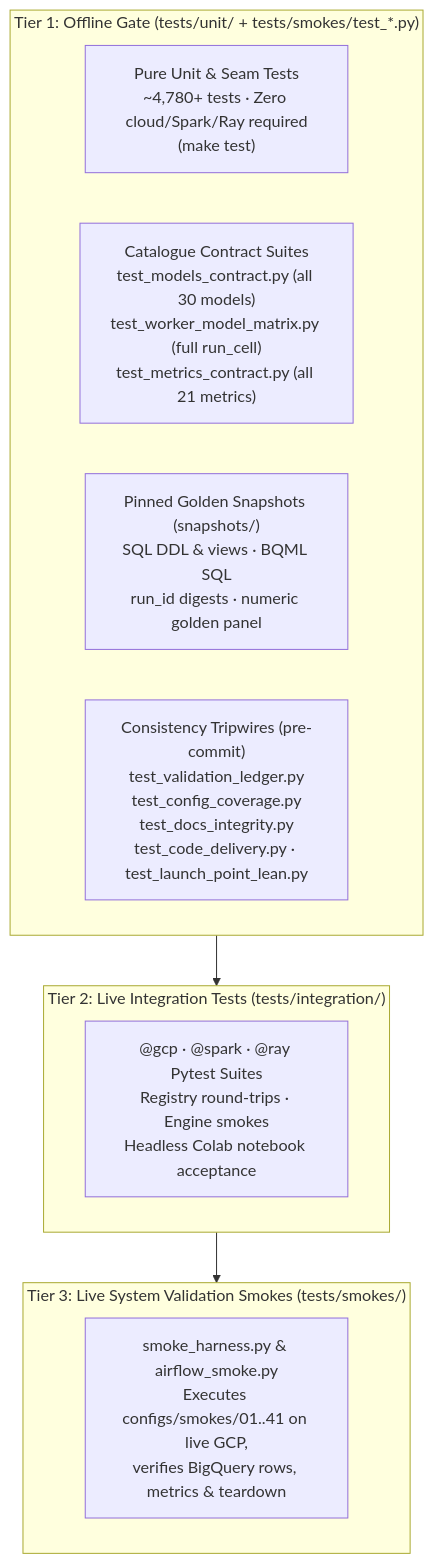
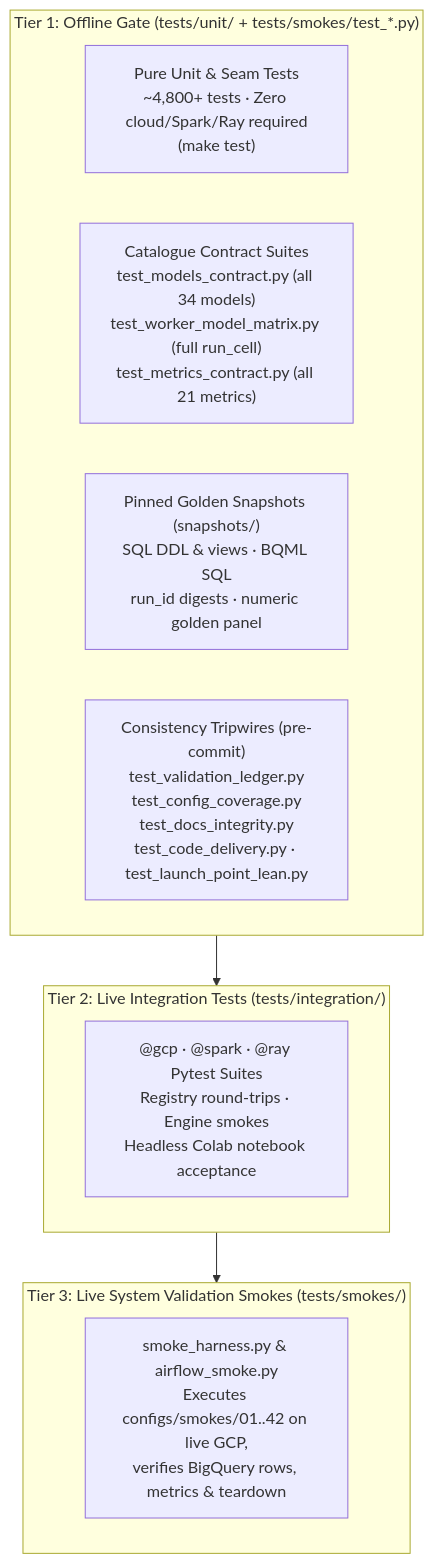
Before and after one commit to statmike/scale-forecasting: the diagram in tests/README.md, drawn with Mermaid. The commit also changed 102 other files, not shown here.

````diff
--- a/tests/README.md
+++ b/tests/README.md
@@ -5,20 +5,20 @@
 ```mermaid
 flowchart TB
     subgraph offline["Tier 1: Offline Gate (tests/unit/ + tests/smokes/test_*.py)"]
         direction LR
-        unit["Pure Unit & Seam Tests<br/>~4,780+ tests · Zero cloud/Spark/Ray required<br/>(make test)"]
-        contracts["Catalogue Contract Suites<br/>test_models_contract.py (all 30 models)<br/>test_worker_model_matrix.py (full run_cell)<br/>test_metrics_contract.py (all 21 metrics)"]
+        unit["Pure Unit & Seam Tests<br/>~4,800+ tests · Zero cloud/Spark/Ray required<br/>(make test)"]
+        contracts["Catalogue Contract Suites<br/>test_models_contract.py (all 34 models)<br/>test_worker_model_matrix.py (full run_cell)<br/>test_metrics_contract.py (all 21 metrics)"]
         snaps["Pinned Golden Snapshots (snapshots/)<br/>SQL DDL & views · BQML SQL<br/>run_id digests · numeric golden panel"]
         trips["Consistency Tripwires (pre-commit)<br/>test_validation_ledger.py<br/>test_config_coverage.py<br/>test_docs_integrity.py<br/>test_code_delivery.py · test_launch_point_lean.py"]
     end
 
     subgraph integ["Tier 2: Live Integration Tests (tests/integration/)"]
         it["@gcp · @spark · @ray Pytest Suites<br/>Registry round-trips · Engine smokes<br/>Headless Colab notebook acceptance"]
     end
 
     subgraph smokes["Tier 3: Live System Validation Smokes (tests/smokes/)"]
-        sh["smoke_harness.py & airflow_smoke.py<br/>Executes configs/smokes/01..41 on live GCP,<br/>verifies BigQuery rows, metrics & teardown"]
+        sh["smoke_harness.py & airflow_smoke.py<br/>Executes configs/smokes/01..42 on live GCP,<br/>verifies BigQuery rows, metrics & teardown"]
     end
 
     offline --> integ --> smokes
 ```
````
